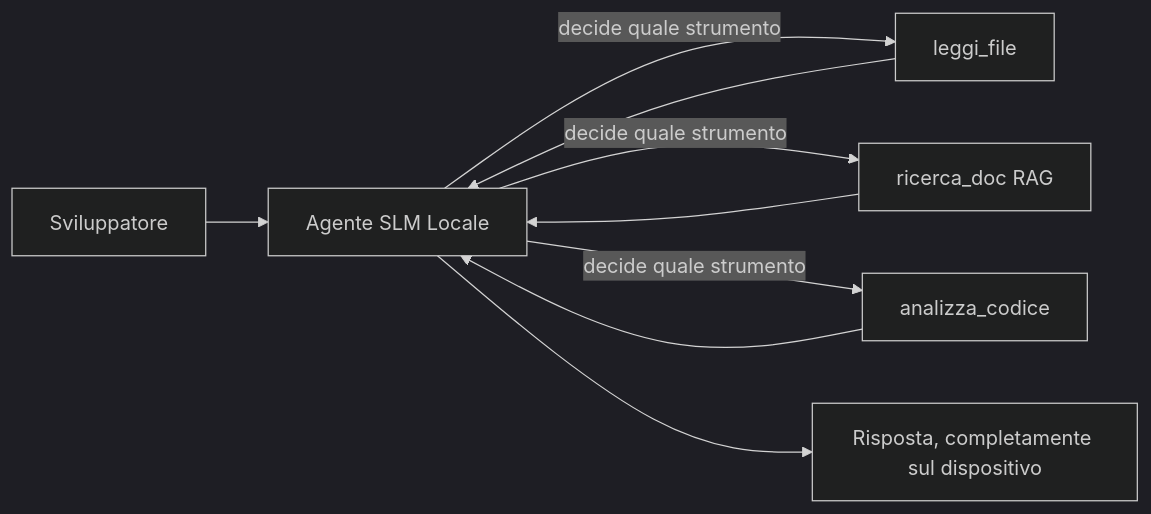
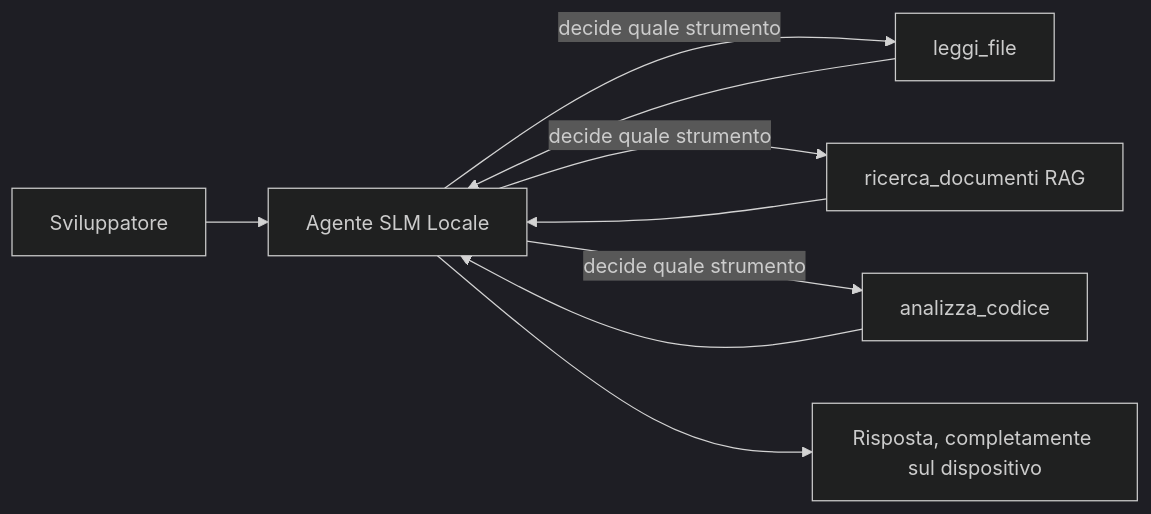
Before and after one commit to gabrielmoreira/agent-skills-mirror: the first of 4 diagrams in mirrors/repos/microsoft@ai-agents-for-beginners/translations/it/17-creating-local-ai-agents/README.md, drawn with Mermaid (dark theme). The commit also changed other lines of this file and 4262 other files, not shown here.

````diff
--- a/mirrors/repos/microsoft@ai-agents-for-beginners/translations/it/17-creating-local-ai-agents/README.md
+++ b/mirrors/repos/microsoft@ai-agents-for-beginners/translations/it/17-creating-local-ai-agents/README.md
@@ -66,11 +66,11 @@
 ```mermaid
 flowchart LR
     U[Sviluppatore] --> A[Agente SLM Locale]
     A -->|decide quale strumento| T1[leggi_file]
-    A -->|decide quale strumento| T2[ricerca_doc RAG]
+    A -->|decide quale strumento| T2[ricerca_documenti RAG]
     A -->|decide quale strumento| T3[analizza_codice]
     T1 --> A
     T2 --> A
     T3 --> A
     A --> R[Risposta, completamente sul dispositivo]
 ```
````
